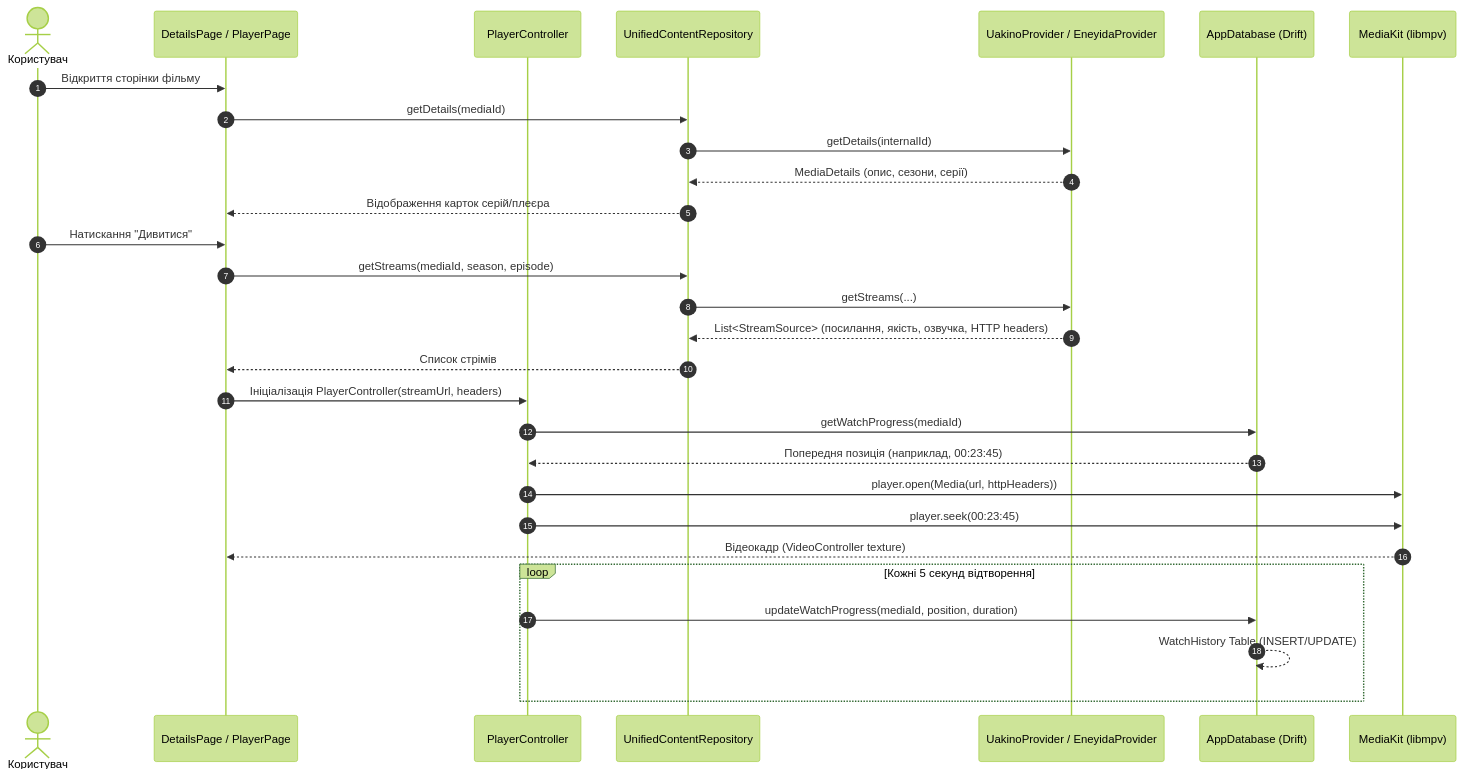
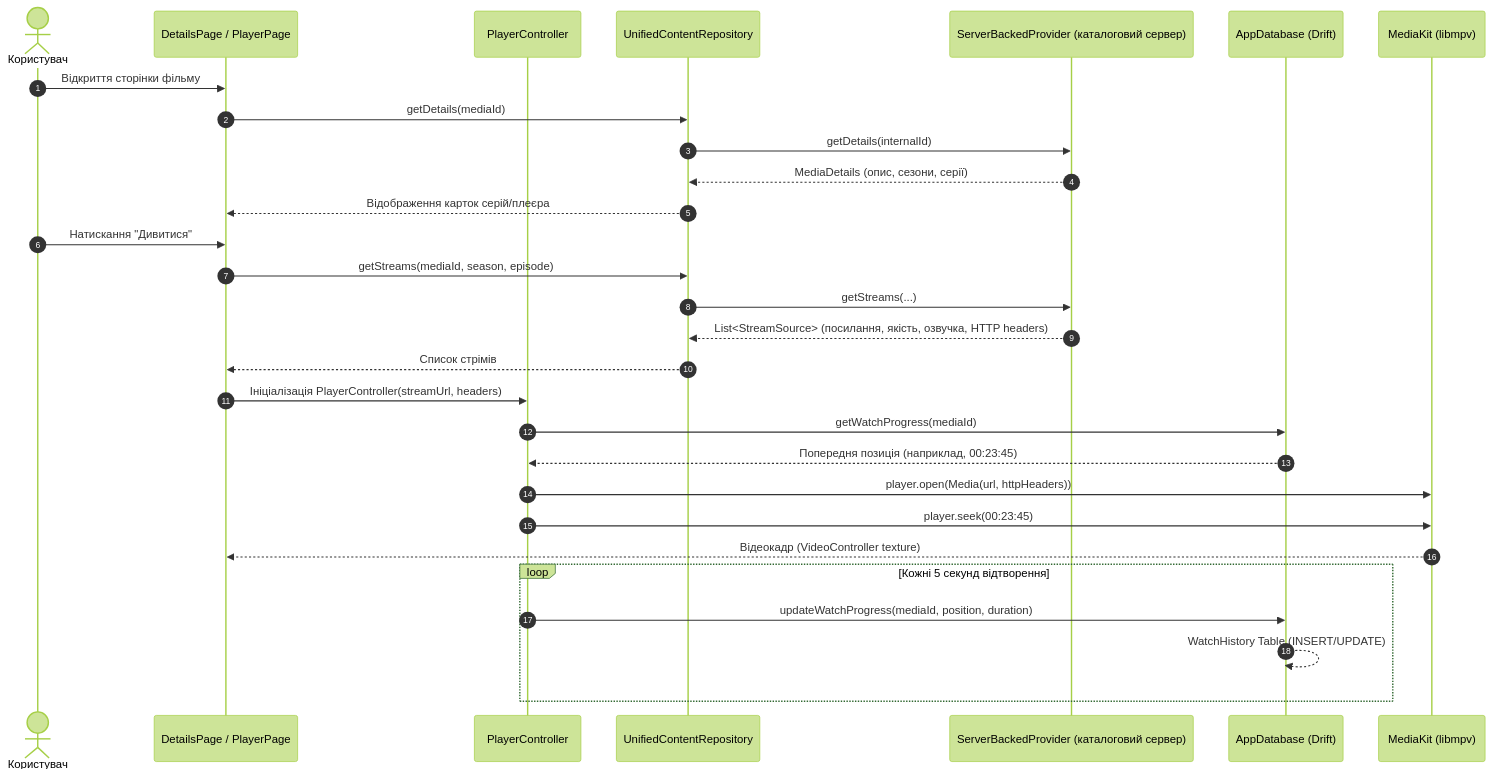
One commit to edhases/kadrbox changed the fourth of 4 diagrams in docs/01_TECH_STACK_AND_ARCHITECTURE.md. Above: the diagram before and after it, drawn with Mermaid (forest theme). The commit also changed other lines of this file and 17 other files, not shown here.

````diff
--- a/docs/01_TECH_STACK_AND_ARCHITECTURE.md
+++ b/docs/01_TECH_STACK_AND_ARCHITECTURE.md
@@ -266,36 +268,36 @@
 ```mermaid
 sequenceDiagram
     autonumber
     actor User as Користувач
     participant UI as DetailsPage / PlayerPage
     participant PC as PlayerController
     participant Repos as UnifiedContentRepository
-    participant Prov as UakinoProvider / EneyidaProvider
+    participant Prov as ServerBackedProvider (каталоговий сервер)
     participant DB as AppDatabase (Drift)
     participant Engine as MediaKit (libmpv)
 
     User->>UI: Відкриття сторінки фільму
     UI->>Repos: getDetails(mediaId)
     Repos->>Prov: getDetails(internalId)
     Prov-->>Repos: MediaDetails (опис, сезони, серії)
     Repos-->>UI: Відображення карток серій/плеєра
 
     User->>UI: Натискання "Дивитися"
     UI->>Repos: getStreams(mediaId, season, episode)
     Repos->>Prov: getStreams(...)
     Prov-->>Repos: List<StreamSource> (посилання, якість, озвучка, HTTP headers)
     Repos-->>UI: Список стрімів
 
     UI->>PC: Ініціалізація PlayerController(streamUrl, headers)
     PC->>DB: getWatchProgress(mediaId)
     DB-->>PC: Попередня позиція (наприклад, 00:23:45)
     
     PC->>Engine: player.open(Media(url, httpHeaders))
     PC->>Engine: player.seek(00:23:45)
     Engine-->>UI: Відеокадр (VideoController texture)
     
     loop Кожні 5 секунд відтворення
         PC->>DB: updateWatchProgress(mediaId, position, duration)
         DB-->>DB: WatchHistory Table (INSERT/UPDATE)
     end
 ```
````
